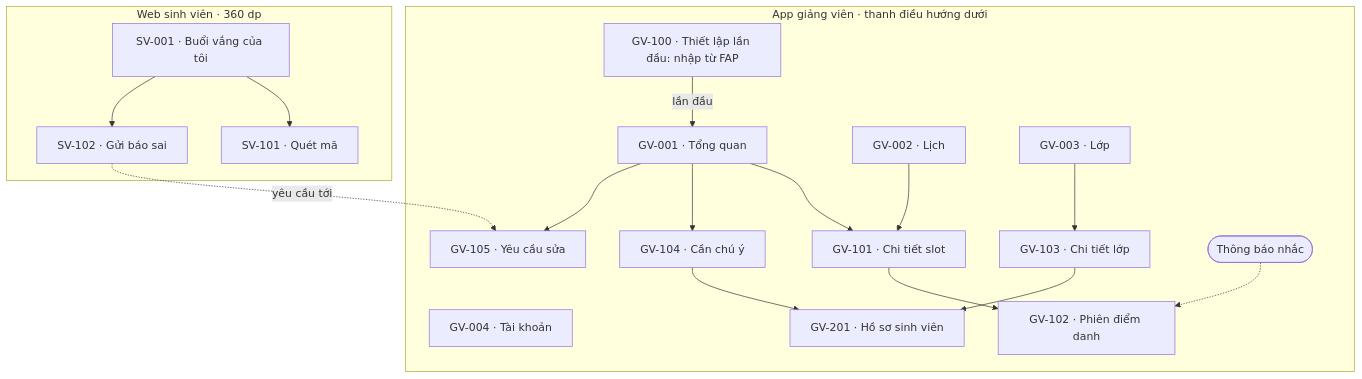
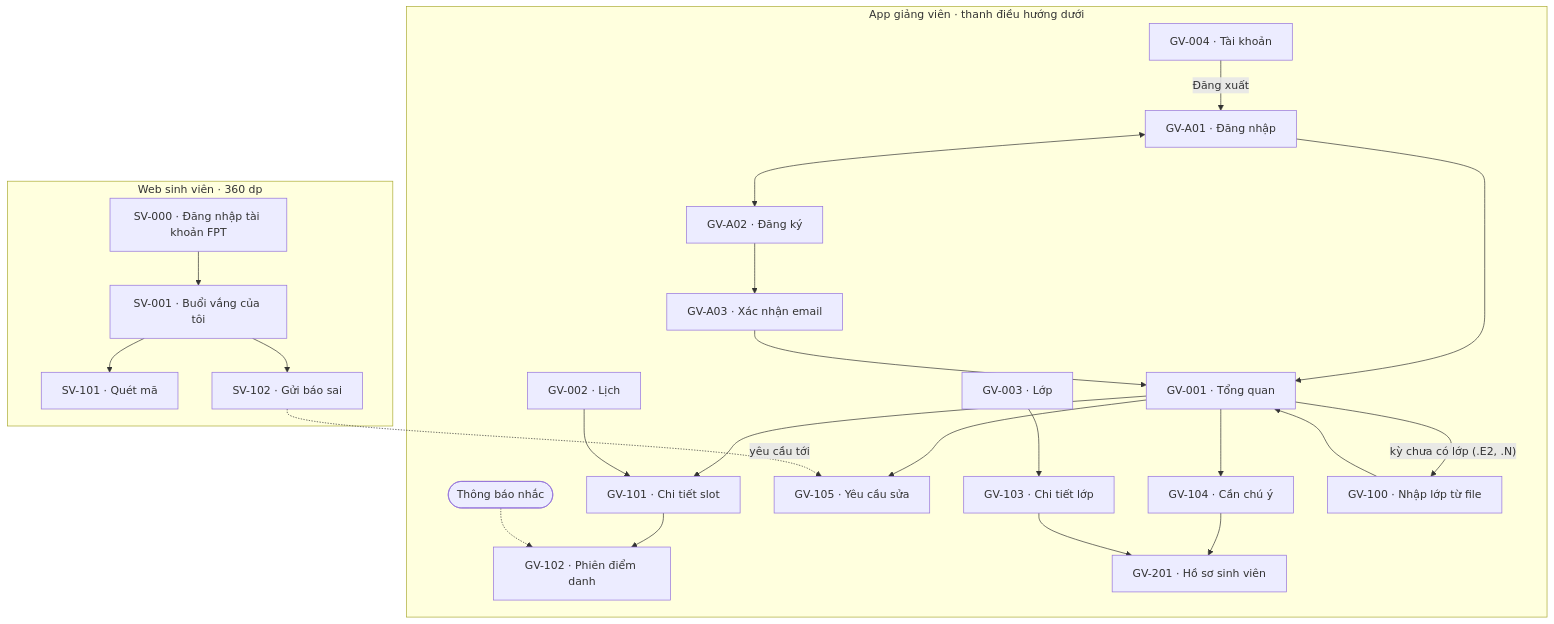
Before and after one commit to thiengthb/prm323-lab2-SE190533: the first of 6 diagrams in ux/user-flow.md, drawn with Mermaid. The commit also changed other lines of this file and 5 other files, not shown here.

First line of the commit message:
Vòng đời đầy đủ: đăng nhập, đăng ký, kỳ mới, đăng nhập web SV; sửa nhóm E (D-16..D-19)

````diff
--- a/ux/user-flow.md
+++ b/ux/user-flow.md
@@ -19,25 +19,30 @@
 ```mermaid
 flowchart TD
     subgraph GV["App giảng viên · thanh điều hướng dưới"]
         T1["GV-001 · Tổng quan"]
         T2["GV-002 · Lịch"]
         T3["GV-003 · Lớp"]
         T4["GV-004 · Tài khoản"]
         T1 --> S101["GV-101 · Chi tiết slot"]
         T2 --> S101
         S101 --> S102["GV-102 · Phiên điểm danh"]
         T1 --> S104["GV-104 · Cần chú ý"]
         T1 --> S105["GV-105 · Yêu cầu sửa"]
         T3 --> S103["GV-103 · Chi tiết lớp"]
         S104 --> S201["GV-201 · Hồ sơ sinh viên"]
         S103 --> S201
         N(["Thông báo nhắc"]) -.-> S102
-        S100["GV-100 · Thiết lập lần đầu: nhập từ FAP"] -->|"lần đầu"| T1
+        A1["GV-A01 · Đăng nhập"] --> T1
+        A2["GV-A02 · Đăng ký"] --> A3["GV-A03 · Xác nhận email"] --> T1
+        A1 <--> A2
+        T1 -->|"kỳ chưa có lớp (.E2, .N)"| S100["GV-100 · Nhập lớp từ file"]
+        S100 --> T1
+        T4 -->|"Đăng xuất"| A1
     end
     subgraph SV["Web sinh viên · 360 dp"]
-        W1["SV-001 · Buổi vắng của tôi"]
+        W0["SV-000 · Đăng nhập tài khoản FPT"] --> W1["SV-001 · Buổi vắng của tôi"]
         W1 --> W2["SV-101 · Quét mã"]
         W1 --> W3["SV-102 · Gửi báo sai"]
     end
     W3 -.->|"yêu cầu tới"| S105
 ```
````
